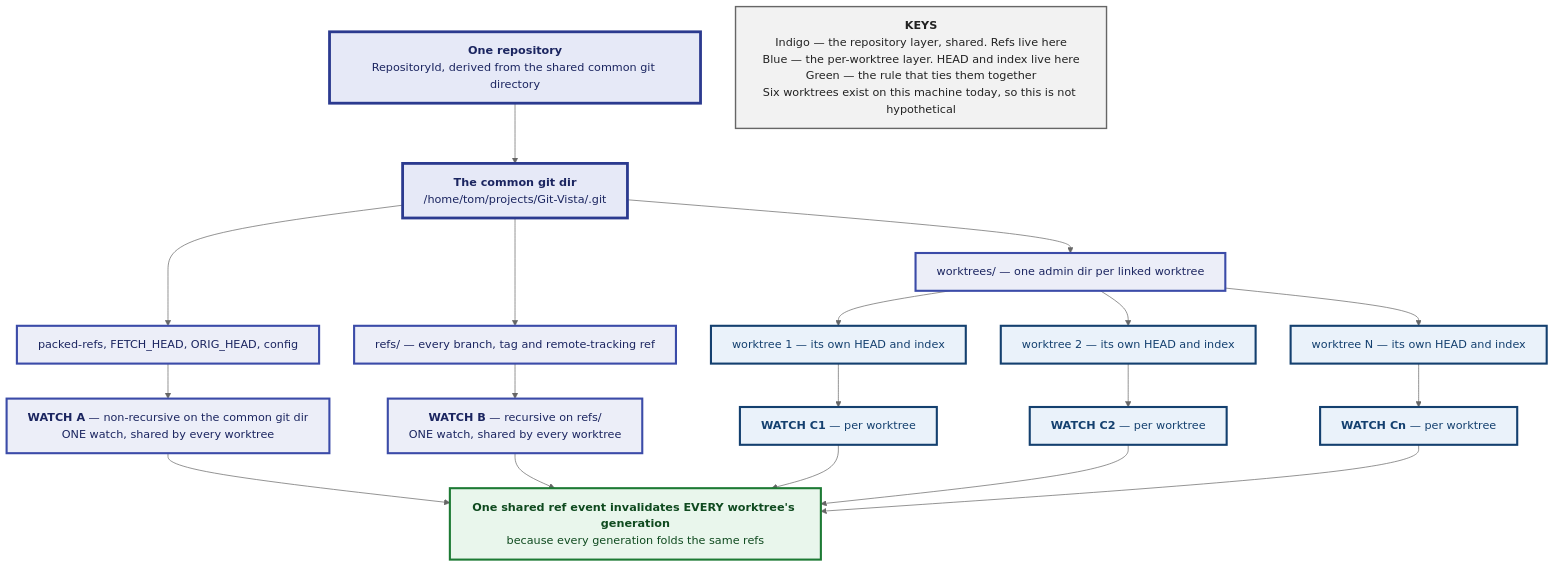
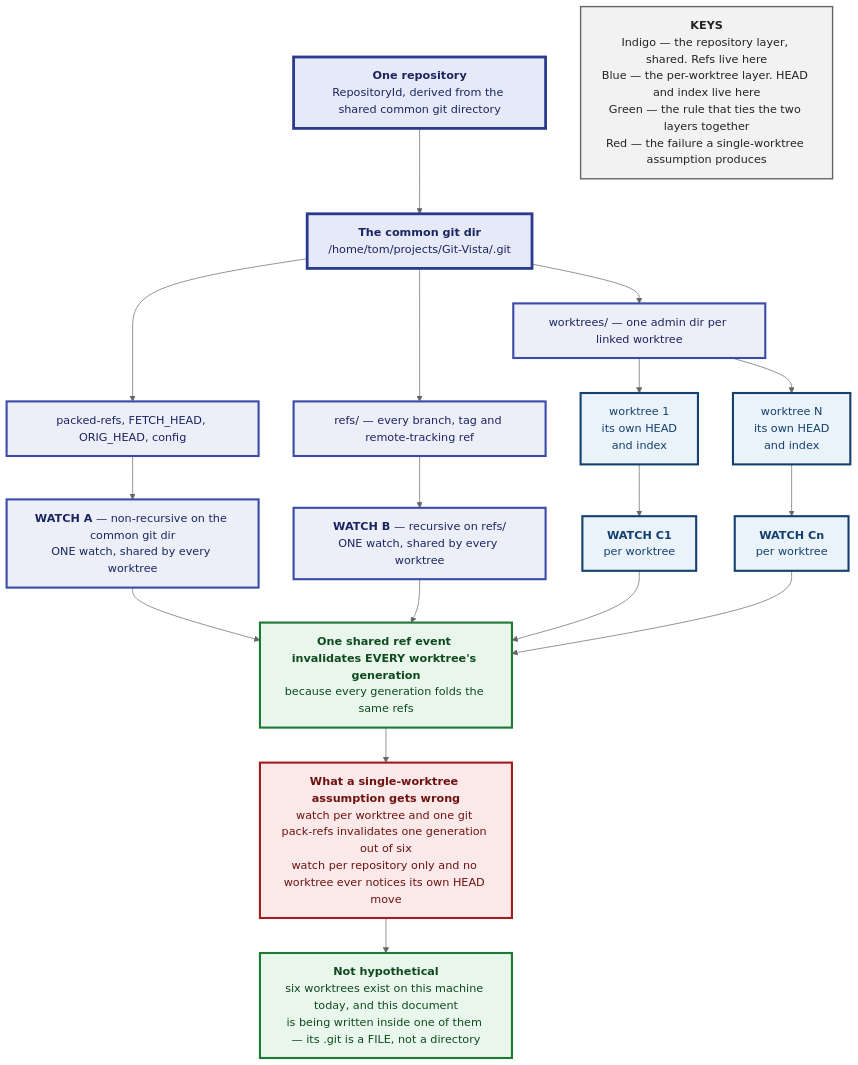
Before and after one commit to tom2025b/git-vista: the ninth of 9 diagrams in docs/superpowers/specs/m3.26-external-changes.md, drawn with Mermaid (neutral theme). The commit also changed other lines of this file and 1 other file, not shown here.

First line of the commit message:
docs(#551): nine diagrams, verified rendered — and the PDF twin

````diff
--- a/docs/superpowers/specs/m3.26-external-changes.md
+++ b/docs/superpowers/specs/m3.26-external-changes.md
@@ -957,46 +1067,50 @@
 ```mermaid
 ---
 config:
   flowchart:
-    wrappingWidth: 470
+    wrappingWidth: 300
 ---
 flowchart TD
     R["<b>One repository</b><br/>RepositoryId, derived from the shared common git directory"]
 
     R --> COMMON["<b>The common git dir</b><br/>/home/tom/projects/Git-Vista/.git"]
 
     COMMON --> P["packed-refs, FETCH_HEAD, ORIG_HEAD, config"]
     COMMON --> RF["refs/ — every branch, tag and remote-tracking ref"]
     COMMON --> WD["worktrees/ — one admin dir per linked worktree"]
 
     P --> W1["<b>WATCH A</b> — non-recursive on the common git dir<br/>ONE watch, shared by every worktree"]
     RF --> W2["<b>WATCH B</b> — recursive on refs/<br/>ONE watch, shared by every worktree"]
 
-    WD --> T1["worktree 1 — its own HEAD and index"]
-    WD --> T2["worktree 2 — its own HEAD and index"]
-    WD --> T3["worktree N — its own HEAD and index"]
+    WD --> T1["worktree 1<br/>its own HEAD<br/>and index"]
+    WD --> T2["worktree N<br/>its own HEAD<br/>and index"]
 
-    T1 --> V1["<b>WATCH C1</b> — per worktree"]
-    T2 --> V2["<b>WATCH C2</b> — per worktree"]
-    T3 --> V3["<b>WATCH Cn</b> — per worktree"]
+    T1 --> V1["<b>WATCH C1</b><br/>per worktree"]
+    T2 --> V2["<b>WATCH Cn</b><br/>per worktree"]
 
     W1 --> G["<b>One shared ref event invalidates EVERY worktree's generation</b><br/>because every generation folds the same refs"]
     W2 --> G
     V1 --> G
     V2 --> G
-    V3 --> G
 
-    K["<b>KEYS</b><br/>Indigo — the repository layer, shared. Refs live here<br/>Blue — the per-worktree layer. HEAD and index live here<br/>Green — the rule that ties them together<br/>Six worktrees exist on this machine today, so this is not hypothetical"]
+    G --> TRAP["<b>What a single-worktree assumption gets wrong</b><br/>watch per worktree and one git pack-refs invalidates one generation out of six<br/>watch per repository only and no worktree ever notices its own HEAD move"]
+
+    TRAP --> LIVE["<b>Not hypothetical</b><br/>six worktrees exist on this machine today, and this document<br/>is being written inside one of them — its .git is a FILE, not a directory"]
+
+    K["<b>KEYS</b><br/>Indigo — the repository layer, shared. Refs live here<br/>Blue — the per-worktree layer. HEAD and index live here<br/>Green — the rule that ties the two layers together<br/>Red — the failure a single-worktree assumption produces"]
 
     classDef repo fill:#e6e9f7,stroke:#2B3A8F,stroke-width:4px,color:#1B2560
     classDef shared fill:#eceef8,stroke:#3B4BA8,stroke-width:3px,color:#1B2560
     classDef pertree fill:#eaf2fa,stroke:#14406f,stroke-width:3px,color:#14406f
     classDef good fill:#e9f6ec,stroke:#1d7a34,stroke-width:3px,color:#0f4a1f
     classDef legend fill:#f2f2f2,stroke:#666,stroke-width:2px,color:#222
 
     class R,COMMON repo
     class P,RF,WD,W1,W2 shared
-    class T1,T2,T3,V1,V2,V3 pertree
-    class G good
+    class T1,T2,V1,V2 pertree
+    class G,LIVE good
+    class TRAP bad
     class K legend
+
+    classDef bad fill:#fbe9e9,stroke:#a11d1d,stroke-width:3px,color:#6d1111
 ```
````
